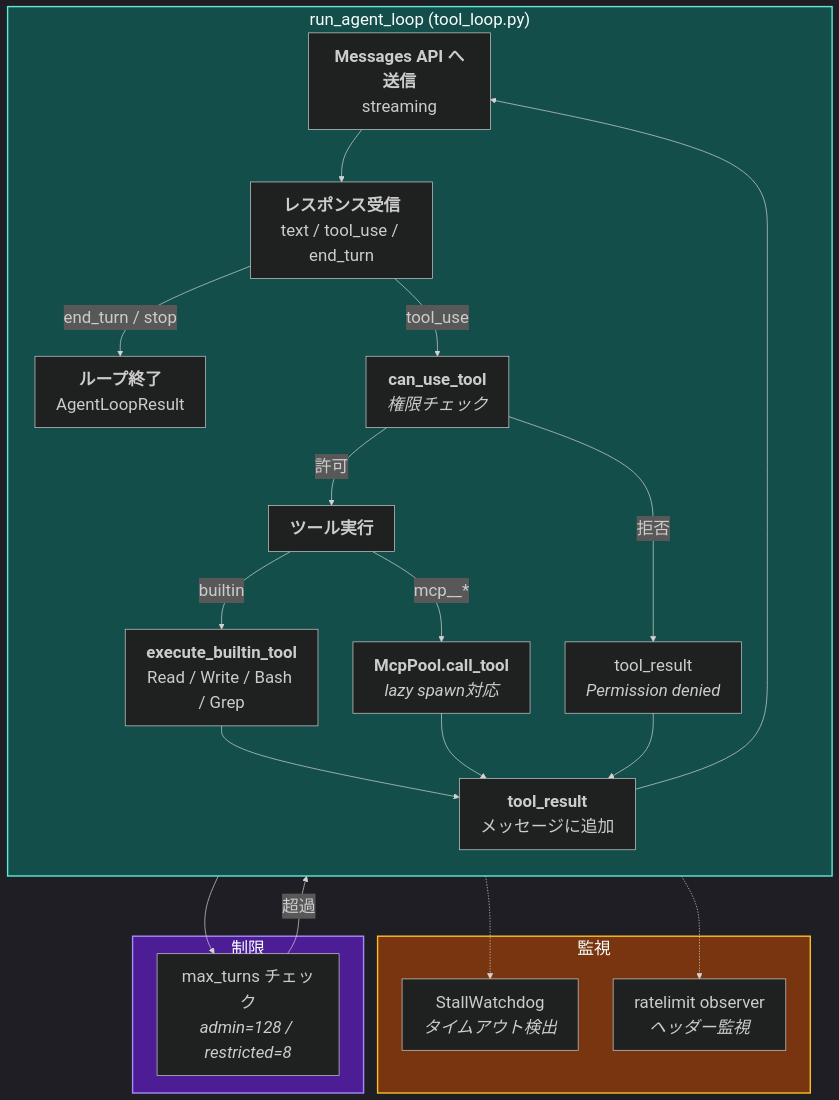
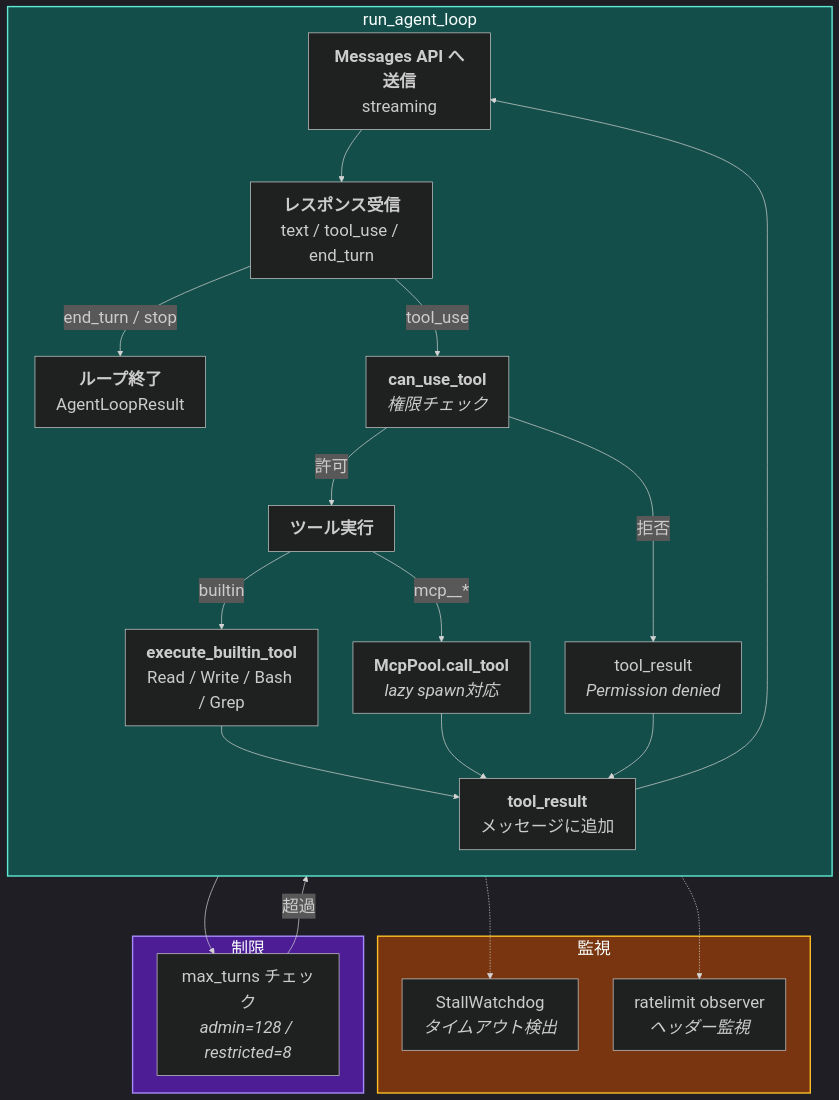
The fourth of 6 diagrams in content/products/discord-bot.md (haroin57/haroin57.com), drawn with Mermaid before and after one commit.

Commit message:
fix: Layer 4のsubgraphタイトル見切れを修正
run_agent_loop (tool_loop.py) → run_agent_loop に短縮。

````diff
--- a/content/products/discord-bot.md
+++ b/content/products/discord-bot.md
@@ -727,60 +727,60 @@
 ```mermaid
 ---
 config:
   theme: dark
   themeVariables:
     fontSize: 24px
 ---
 flowchart TB
-    subgraph Loop["run_agent_loop (tool_loop.py)"]
+    subgraph Loop["run_agent_loop"]
         direction TB
         SEND["`**Messages API へ送信**
         streaming`"]
         RECV["`**レスポンス受信**
         text / tool_use / end_turn`"]
 
         SEND --> RECV
 
         RECV -->|end_turn / stop| DONE["`**ループ終了**
         AgentLoopResult`"]
         RECV -->|tool_use| GATE["`**can_use_tool**
         *権限チェック*`"]
         
         GATE -->|許可| EXEC["`**ツール実行**`"]
         GATE -->|拒否| SKIP["`tool_result
         *Permission denied*`"]
 
         EXEC -->|builtin| BUILTIN["`**execute_builtin_tool**
         Read / Write / Bash / Grep`"]
         EXEC -->|mcp__*| MCPTOOL["`**McpPool.call_tool**
         *lazy spawn対応*`"]
 
         BUILTIN --> RESULT["`**tool_result**
         メッセージに追加`"]
         MCPTOOL --> RESULT
         SKIP --> RESULT
         RESULT --> SEND
     end
 
     subgraph Watch["監視"]
         STALL["`StallWatchdog
         *タイムアウト検出*`"]
         RL["`ratelimit observer
         *ヘッダー監視*`"]
     end
 
     SEND -.-> STALL
     RECV -.-> RL
 
     subgraph Limits["制限"]
         MAX["`max_turns チェック
         *admin=128 / restricted=8*`"]
     end
 
     RESULT --> MAX
     MAX -->|超過| DONE
 
     style Loop fill:#134e4a,stroke:#5eead4,stroke-width:2px
     style Watch fill:#78350f,stroke:#fbbf24,stroke-width:2px
     style Limits fill:#4c1d95,stroke:#a78bfa,stroke-width:2px
 ```
````
